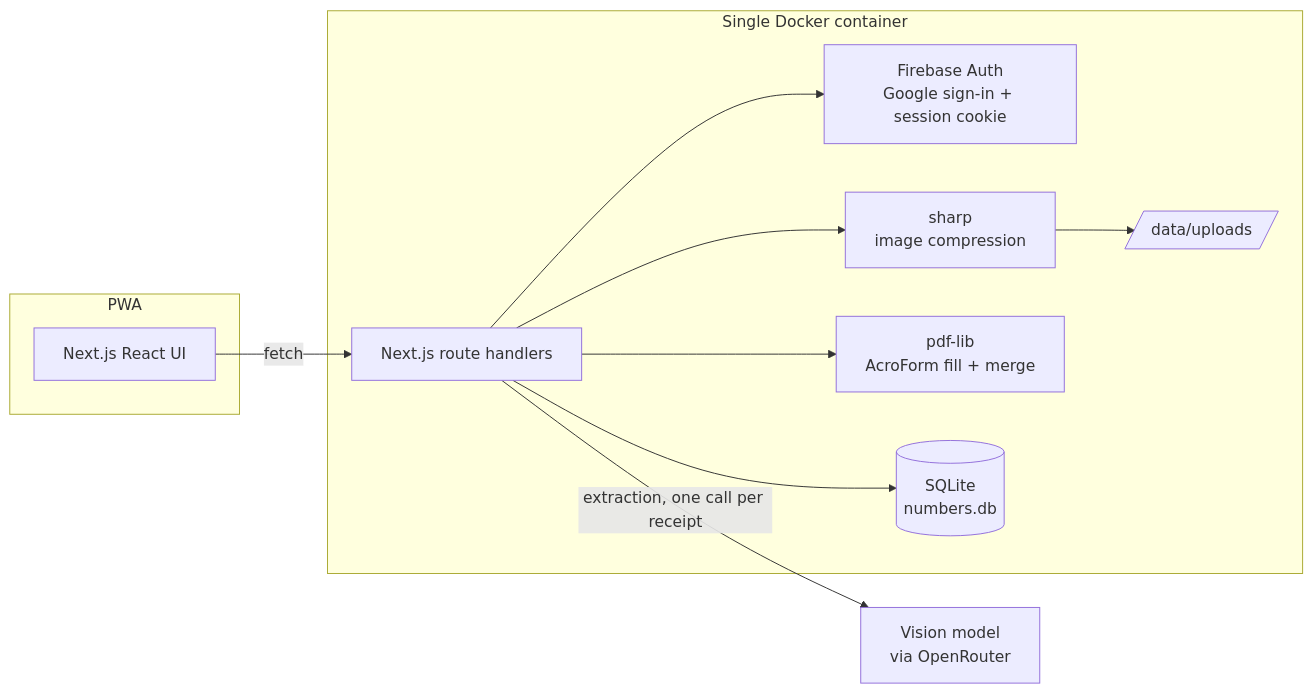
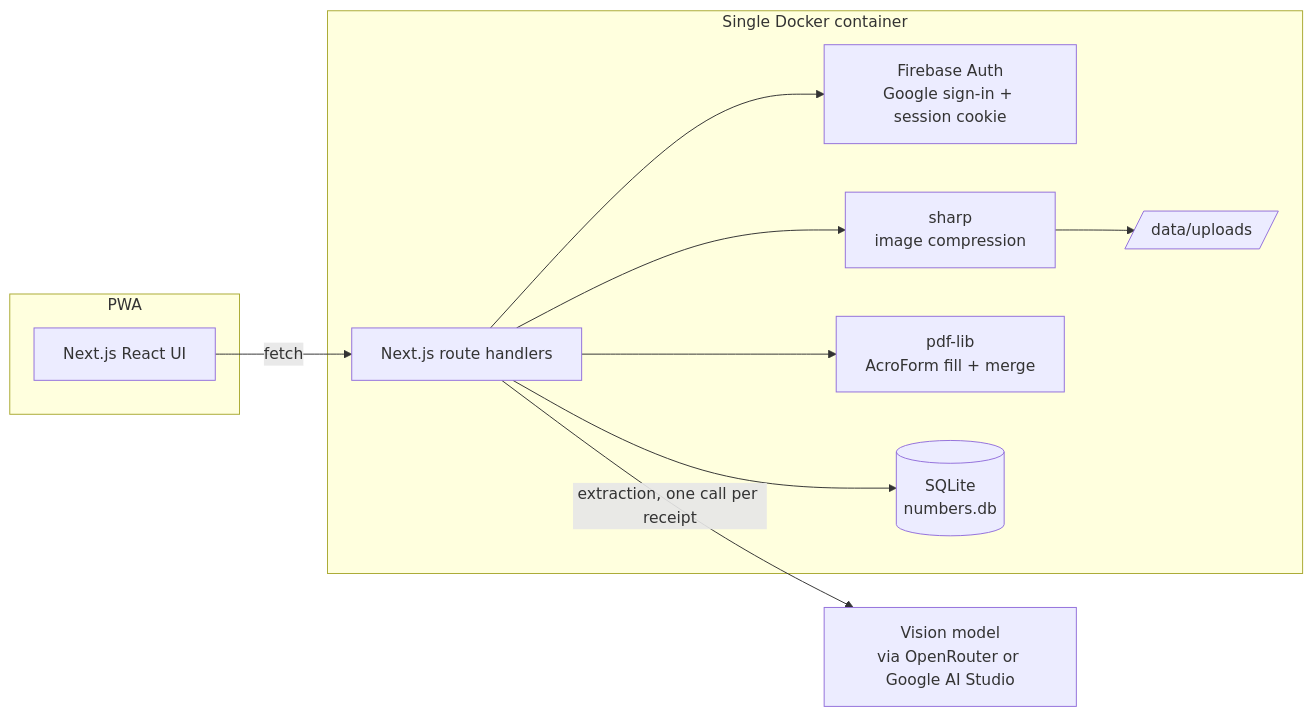
The first of 2 diagrams in docs/DESIGN.md (vrwarp/numbers), drawn with Mermaid before and after one commit. The commit also changed other lines of this file and 8 other files, not shown here.

First line of the commit message:
Add Google AI Studio (Gemini API) as a direct extraction backend

````diff
--- a/docs/DESIGN.md
+++ b/docs/DESIGN.md
@@ -41,22 +41,22 @@
 ```mermaid
 flowchart LR
     subgraph Phone/Browser [PWA]
         UI[Next.js React UI]
     end
     subgraph Container [Single Docker container]
         API[Next.js route handlers]
         AUTH[Firebase Auth<br/>Google sign-in + session cookie]
         SHARP[sharp<br/>image compression]
         PDF[pdf-lib<br/>AcroForm fill + merge]
         DB[(SQLite<br/>numbers.db)]
         FS[/data/uploads/]
     end
-    LLM[Vision model<br/>via OpenRouter]
+    LLM[Vision model<br/>via OpenRouter or Google AI Studio]
 
     UI -->|fetch| API
     API --> AUTH
     API --> SHARP --> FS
     API --> DB
     API -->|extraction, one call per receipt| LLM
     API --> PDF
 ```
````
